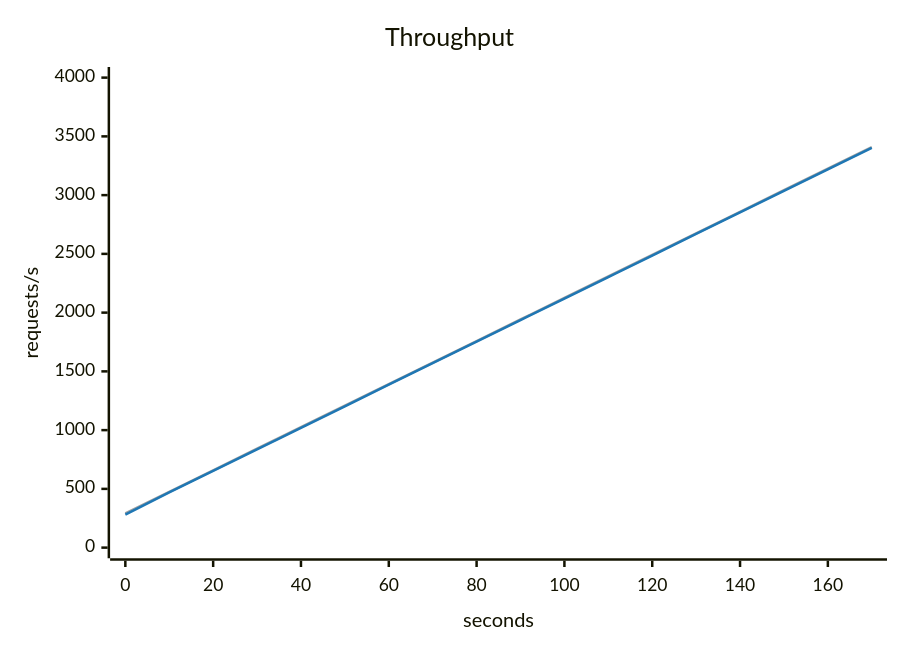
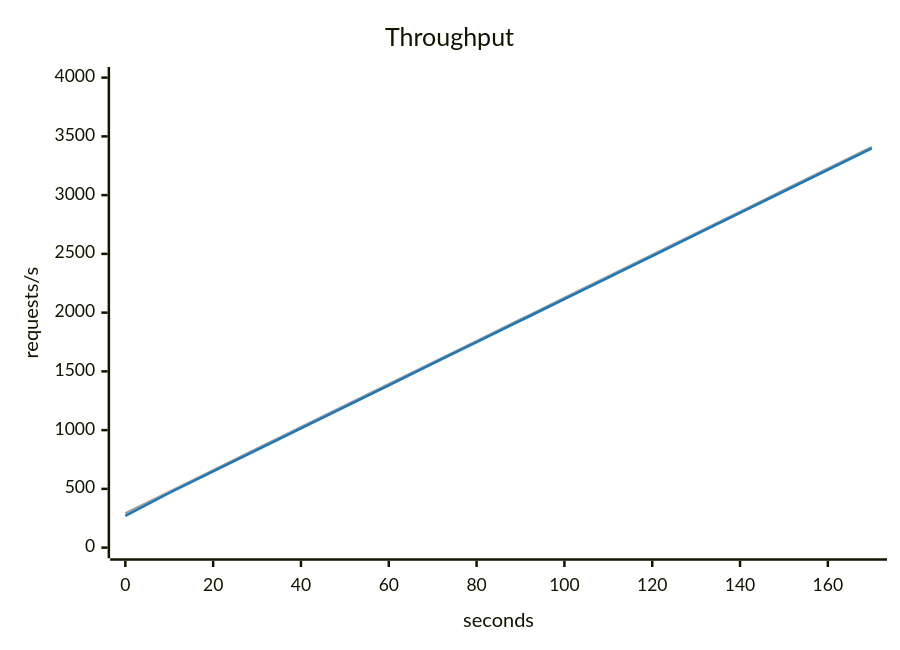
One commit to akinfemi/load-lore changed the second of 5 diagrams in scenarios/statement-day/solutions/more-memory/report.md. Above: the diagram before and after it, drawn with Mermaid. The commit also changed other lines of this file and 71 other files, not shown here.

````diff
--- a/scenarios/statement-day/solutions/more-memory/report.md
+++ b/scenarios/statement-day/solutions/more-memory/report.md
@@ -41,15 +38,15 @@
 ```mermaid
 ---
 config:
   themeVariables:
     xyChart:
       backgroundColor: "transparent"
       plotColorPalette: "#9e9e9e, #1f77b4"
 ---
 xychart-beta
     title "Throughput"
     x-axis "seconds" 0 --> 170
     y-axis "requests/s" 0 --> 4000
     line [291.667, 475, 658.333, 841.667, 1025, 1208.333, 1391.667, 1575, 1758.333, 1941.667, 2125, 2308.333, 2491.667, 2675, 2858.333, 3041.667, 3225, 3408.333]
-    line [280.164, 469.39, 652.767, 836.079, 1019.438, 1202.707, 1386.249, 1569.251, 1752.8, 1936.042, 2119.463, 2302.84, 2486.052, 2669.373, 2853, 3035.85, 3219.533, 3402.709]
+    line [271.043, 464.911, 648.341, 831.572, 1015.042, 1198.158, 1381.583, 1565.104, 1748.229, 1931.5, 2114.917, 2298.419, 2481.721, 2665.011, 2848.238, 3031.526, 3214.963, 3398.222]
 ```
````
